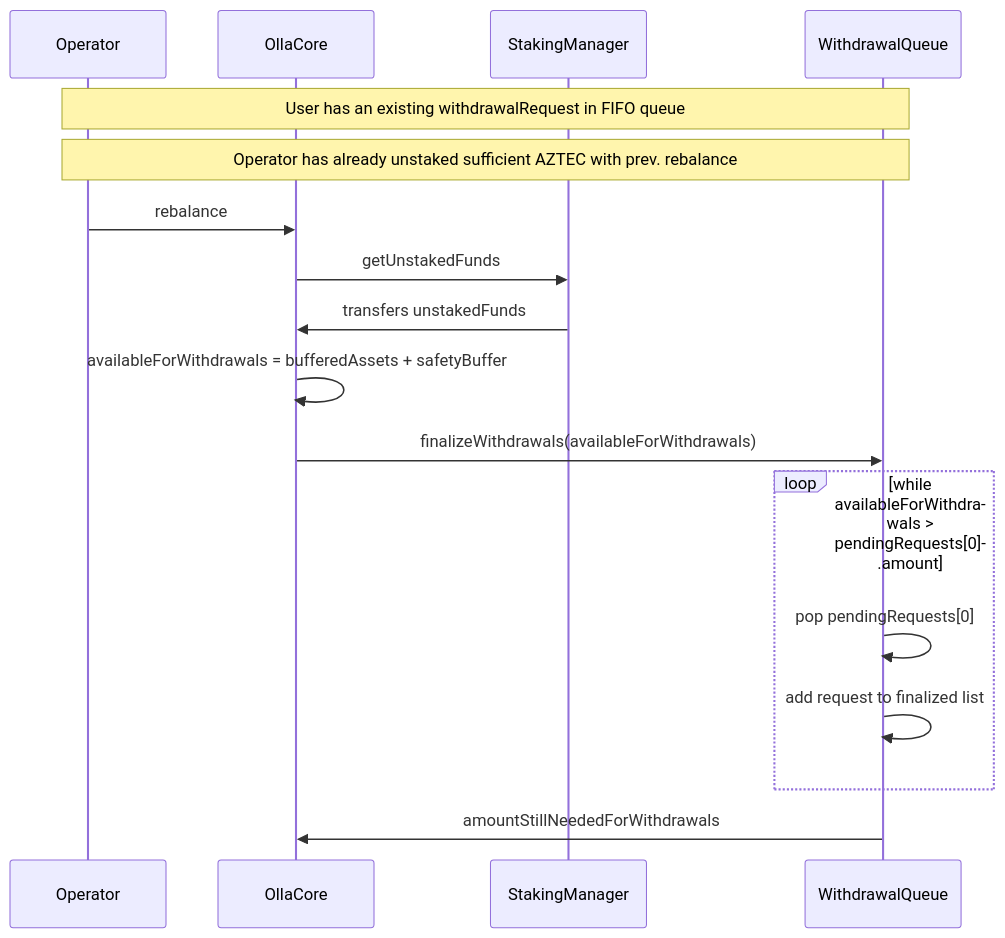
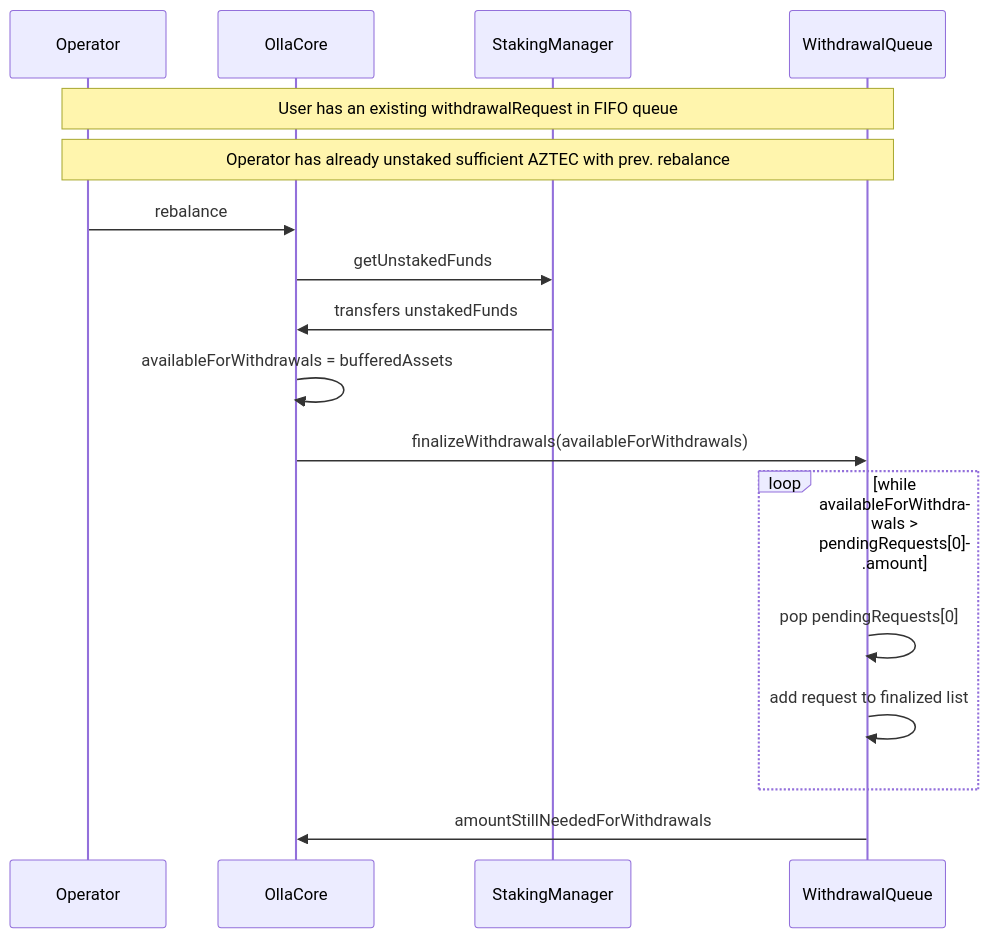
One commit to ollafinance/core changed the fifth of 7 diagrams in research/technical/architecture/flows.md. Above: the diagram before and after it, drawn with Mermaid. The commit also changed other lines of this file and 10 other files, not shown here.

````diff
--- a/research/technical/architecture/flows.md
+++ b/research/technical/architecture/flows.md
@@ -155,23 +155,23 @@
 ```mermaid
 sequenceDiagram
     participant OP as Operator
     participant C as OllaCore
     participant stkMan as StakingManager
     participant WQ as WithdrawalQueue
   
     Note over OP,WQ: User has an existing withdrawalRequest in FIFO queue
     Note over OP,WQ: Operator has already unstaked sufficient AZTEC with prev. rebalance
 
     OP->>C: rebalance
     C->>stkMan: getUnstakedFunds
     stkMan->>C: transfers unstakedFunds
 
-    C->>C: availableForWithdrawals = bufferedAssets + safetyBuffer
+    C->>C: availableForWithdrawals = bufferedAssets
     C->>WQ: finalizeWithdrawals(availableForWithdrawals)
 
     loop while availableForWithdrawals > pendingRequests[0].amount
         WQ->>WQ: pop pendingRequests[0]
         WQ->>WQ: add request to finalized list
     end
     WQ->>C: amountStillNeededForWithdrawals
 ```
````
